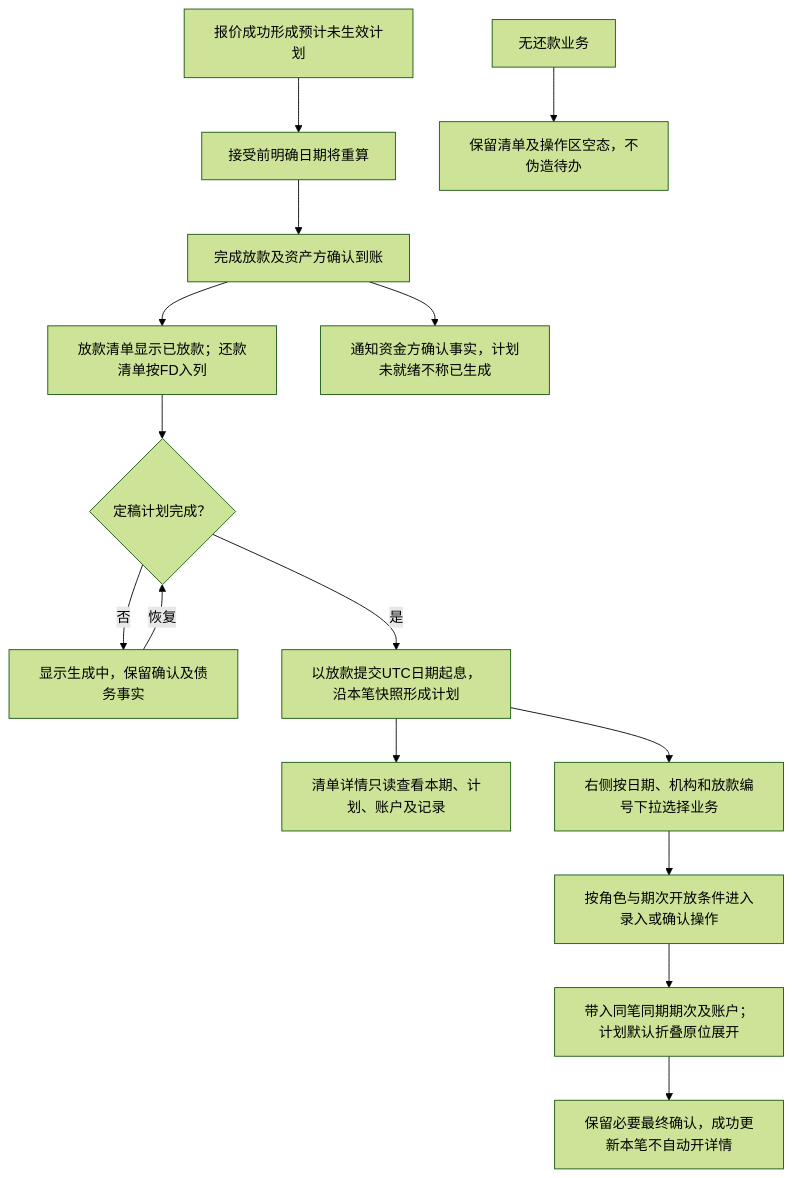
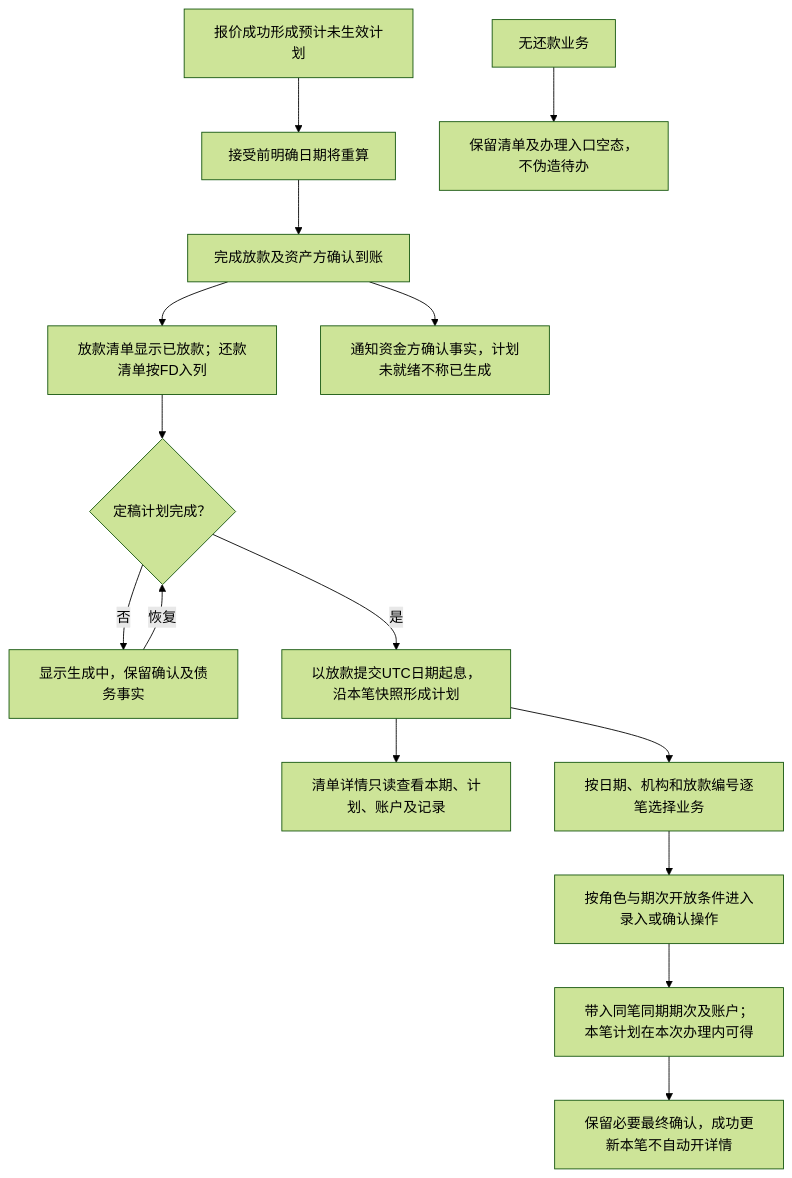
The first of 7 diagrams in lending-platform/PRD/v1.0-借贷广场-还款计划与还款确认/02-还款计划与还款确认-流程图与状态机.md (wxblockchain/Chain-Financing), drawn with Mermaid (forest theme) before and after one commit. The commit also changed other lines of this file and 4 other files, not shown here.

````diff
--- a/lending-platform/PRD/v1.0-借贷广场-还款计划与还款确认/02-还款计划与还款确认-流程图与状态机.md
+++ b/lending-platform/PRD/v1.0-借贷广场-还款计划与还款确认/02-还款计划与还款确认-流程图与状态机.md
@@ -24,17 +24,17 @@
 ```mermaid
 flowchart TD
   A[报价成功形成预计未生效计划] --> B[接受前明确日期将重算]
   B --> C[完成放款及资产方确认到账]
   C --> D[放款清单显示已放款；还款清单按FD入列]
   C --> N[通知资金方确认事实，计划未就绪不称已生成]
   D --> E{定稿计划完成？}
   E -->|否| F[显示生成中，保留确认及债务事实]
   F -->|恢复| E
   E -->|是| G[以放款提交UTC日期起息，沿本笔快照形成计划]
   G --> H[清单详情只读查看本期、计划、账户及记录]
-  G --> I[右侧按日期、机构和放款编号下拉选择业务]
+  G --> I[按日期、机构和放款编号逐笔选择业务]
   I --> J[按角色与期次开放条件进入录入或确认操作]
-  J --> K[带入同笔同期期次及账户；计划默认折叠原位展开]
+  J --> K[带入同笔同期期次及账户；本笔计划在本次办理内可得]
   K --> L[保留必要最终确认，成功更新本笔不自动开详情]
-  P[无还款业务] --> Q[保留清单及操作区空态，不伪造待办]
+  P[无还款业务] --> Q[保留清单及办理入口空态，不伪造待办]
 ```
````
